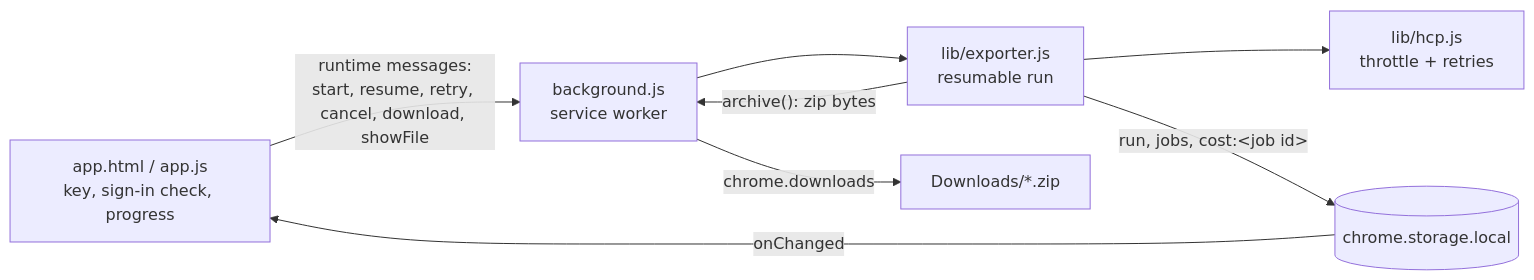
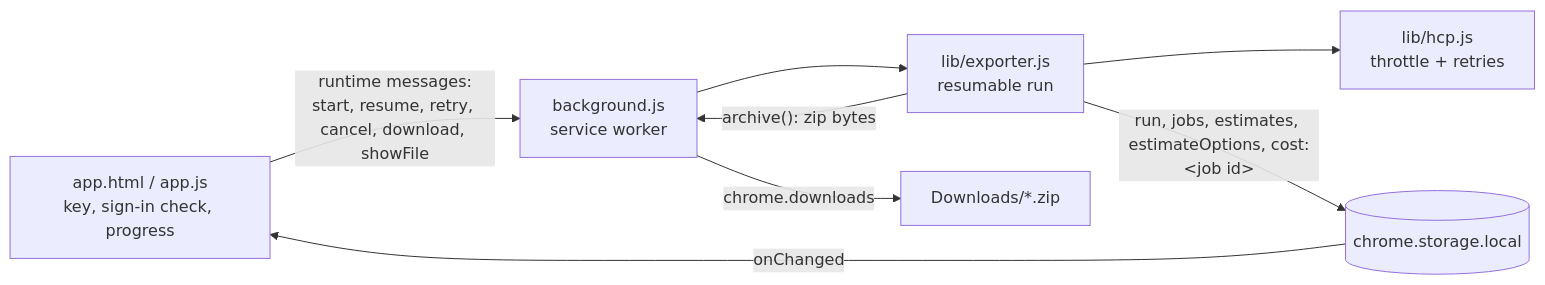
One commit to whoisjaso/shvrimportjason changed the diagram in HANDOFF.md. Above: the diagram before and after it, drawn with Mermaid. The commit also changed other lines of this file and 10 other files, not shown here.

First line of the commit message:
Export estimates and estimate options

````diff
--- a/HANDOFF.md
+++ b/HANDOFF.md
@@ -61,10 +68,10 @@
 ```mermaid
 flowchart LR
   page[app.html / app.js<br/>key, sign-in check, progress] -- runtime messages:<br/>start, resume, retry, cancel, download, showFile --> sw[background.js<br/>service worker]
   sw --> exp[lib/exporter.js<br/>resumable run]
   exp --> hcp[lib/hcp.js<br/>throttle + retries]
-  exp -- run, jobs, cost:&lt;job id&gt; --> store[(chrome.storage.local)]
+  exp -- run, jobs, estimates, estimateOptions, cost:&lt;job id&gt; --> store[(chrome.storage.local)]
   store -- onChanged --> page
   exp -- archive(): zip bytes --> sw
   sw -- chrome.downloads --> dl[Downloads/*.zip]
 ```
````
